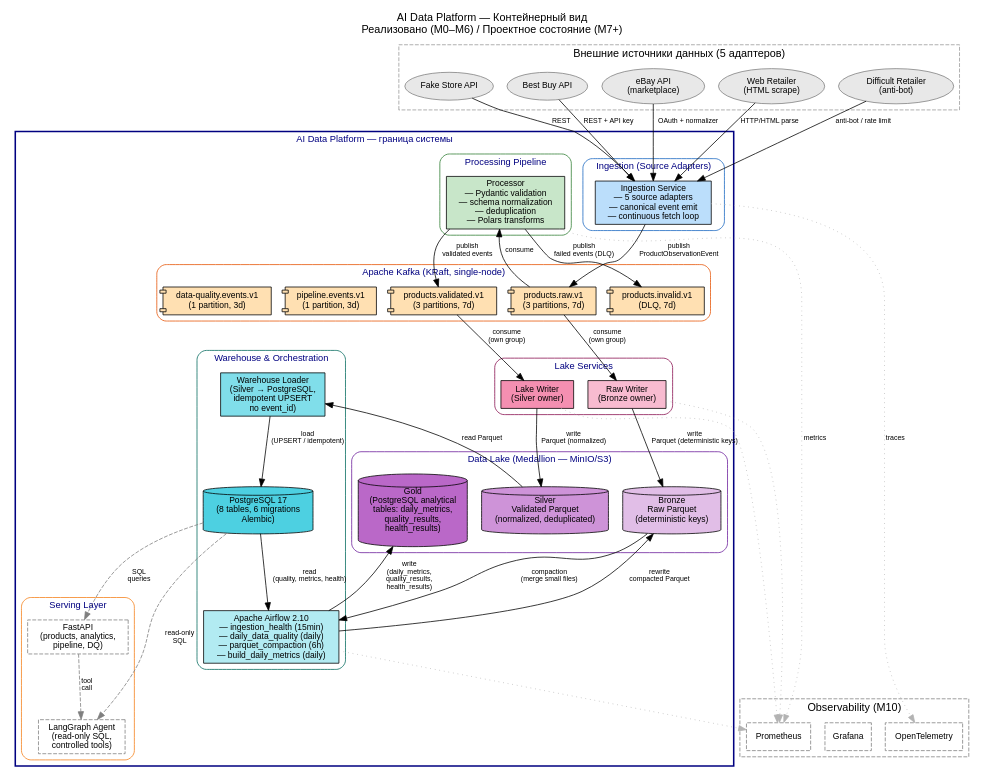
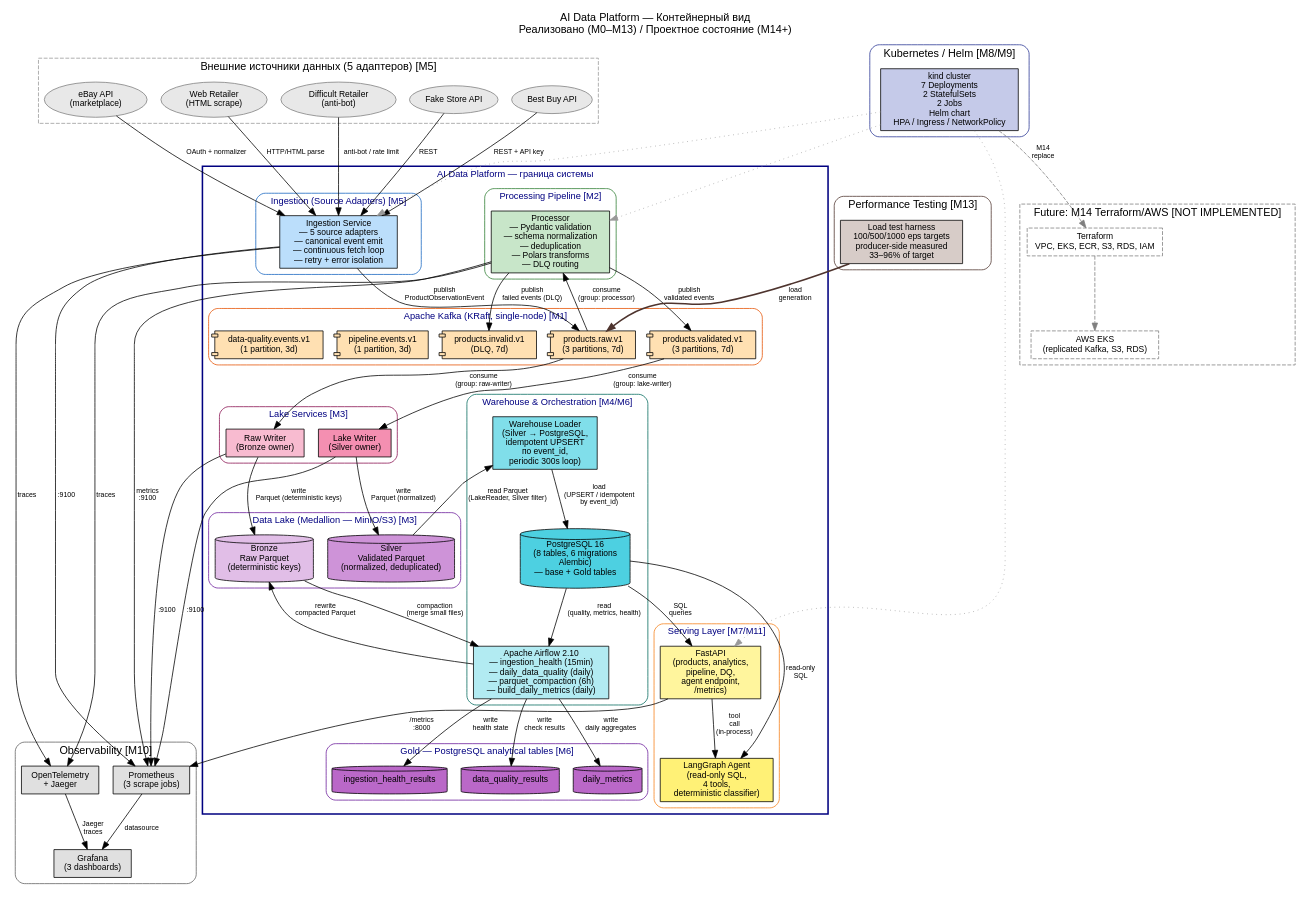
Before and after one commit to igorsavinkin/agentic-data-engineering-platform: the diagram in docs/architecture-communication/container-view.dot, drawn with Graphviz. The commit also changed 3 other files, not shown here.

First line of the commit message:
docs(TASK-DOCS-PLATFORM-INVENTORY-M13): evidence-based platform inventory after M13

```diff
--- a/docs/architecture-communication/container-view.dot
+++ b/docs/architecture-communication/container-view.dot
@@ -1,27 +1,27 @@
 // Контейнерный вид — AI Data Platform
-// Формат: Graphviz DOT | rankdir=TB | Qoder Canvas совместимый
-// Обновлено: 2026-09-18 (Milestone 0-6 реализованы, TASK-001–TASK-062)
+// Формат: Graphviz DOT | rankdir=TB
+// Обновлено: 2026-09-25 (Milestone 0–13 реализованы, TASK-001–TASK-115)
 //
 // Легенда:
 //   [прямоугольник]        — сервис / контейнер
 //   {ромб}                 — Kafka-топик
 //   [(цилиндр)]            — хранилище данных
 //   ((круг))               — внешний источник
-//   Сплошная линия         — реализовано (TASK-001–TASK-062)
-//   Пунктирная линия       — проектное состояние (Milestone 7+, не реализовано)
+//   Сплошная линия         — реализовано (M0–M13)
+//   Пунктирная линия       — проектное состояние (M14+, не реализовано)
 
 digraph "AI Data Platform — Контейнерный вид" {
     rankdir=TB
     fontname="Helvetica"
     node [fontname="Helvetica", fontsize=11, style=filled]
     edge [fontname="Helvetica", fontsize=9]
-    label="AI Data Platform — Контейнерный вид\nРеализовано (M0–M6) / Проектное состояние (M7+)"
+    label="AI Data Platform — Контейнерный вид\nРеализовано (M0–M13) / Проектное состояние (M14+)"
     labelloc=t
     fontsize=14
 
     // === Внешние источники ===
     subgraph cluster_sources {
-        label="Внешние источники данных (5 адаптеров)"
+        label="Внешние источники данных (5 адаптеров) [M5]"
         style=dashed
         color=grey60
         node [shape=ellipse, fillcolor="#E8E8E8", color=grey50]
@@ -43,17 +43,17 @@
 
         // --- Ingestion ---
         subgraph cluster_ingestion {
-            label="Ingestion (Source Adapters)"
+            label="Ingestion (Source Adapters) [M5]"
             style=rounded
             fillcolor="#E3F2FD"
             color="#1565C0"
 
-            ingestion [label="Ingestion Service\n— 5 source adapters\n— canonical event emit\n— continuous fetch loop", shape=box, fillcolor="#BBDEFB"]
+            ingestion [label="Ingestion Service\n— 5 source adapters\n— canonical event emit\n— continuous fetch loop\n— retry + error isolation", shape=box, fillcolor="#BBDEFB"]
         }
 
         // --- Kafka ---
         subgraph cluster_kafka {
-            label="Apache Kafka (KRaft, single-node)"
+            label="Apache Kafka (KRaft, single-node) [M1]"
             style=rounded
             fillcolor="#FFF3E0"
             color="#E65100"
@@ -69,17 +69,17 @@
 
         // --- Processing ---
         subgraph cluster_processing {
-            label="Processing Pipeline"
+            label="Processing Pipeline [M2]"
             style=rounded
             fillcolor="#E8F5E9"
             color="#2E7D32"
 
-            processor [label="Processor\n— Pydantic validation\n— schema normalization\n— deduplication\n— Polars transforms", shape=box, fillcolor="#C8E6C9"]
+            processor [label="Processor\n— Pydantic validation\n— schema normalization\n— deduplication\n— Polars transforms\n— DLQ routing", shape=box, fillcolor="#C8E6C9"]
         }
 
         // --- Data Lake ---
         subgraph cluster_lake {
-            label="Data Lake (Medallion — MinIO/S3)"
+            label="Data Lake (Medallion — MinIO/S3) [M3]"
             style=rounded
             fillcolor="#F3E5F5"
             color="#6A1B9A"
@@ -88,12 +88,25 @@
 
             bronze [label="Bronze\nRaw Parquet\n(deterministic keys)", fillcolor="#E1BEE7"]
             silver [label="Silver\nValidated Parquet\n(normalized, deduplicated)", fillcolor="#CE93D8"]
-            gold   [label="Gold\n(PostgreSQL analytical\ntables: daily_metrics,\nquality_results,\nhealth_results)", fillcolor="#BA68C8"]
+        }
+
+        // --- Gold (PostgreSQL analytical tables) ---
+        subgraph cluster_gold {
+            label="Gold — PostgreSQL analytical tables [M6]"
+            style=rounded
+            fillcolor="#F3E5F5"
+            color="#6A1B9A"
+
+            node [shape=cylinder]
+
+            gold_quality [label="data_quality_results", fillcolor="#BA68C8"]
+            gold_metrics [label="daily_metrics", fillcolor="#BA68C8"]
+            gold_health  [label="ingestion_health_results", fillcolor="#BA68C8"]
         }
 
         // --- Storage Services ---
         subgraph cluster_writers {
-            label="Lake Services"
+            label="Lake Services [M3]"
             style=rounded
             fillcolor="#FCE4EC"
             color="#880E4F"
@@ -104,38 +117,70 @@
 
         // --- Orchestration & Warehouse ---
         subgraph cluster_warehouse {
-            label="Warehouse & Orchestration"
+            label="Warehouse & Orchestration [M4/M6]"
             style=rounded
             fillcolor="#E0F7FA"
             color="#00695C"
 
             airflow  [label="Apache Airflow 2.10\n— ingestion_health (15min)\n— daily_data_quality (daily)\n— parquet_compaction (6h)\n— build_daily_metrics (daily)", shape=box, fillcolor="#B2EBF2"]
-            wh_loader [label="Warehouse Loader\n(Silver → PostgreSQL,\nidempotent UPSERT\nпо event_id)", shape=box, fillcolor="#80DEEA"]
-            pg       [label="PostgreSQL 17\n(8 tables, 6 migrations\nAlembic)", shape=cylinder, fillcolor="#4DD0E1"]
+            wh_loader [label="Warehouse Loader\n(Silver → PostgreSQL,\nidempotent UPSERT\nпо event_id,\nperiodic 300s loop)", shape=box, fillcolor="#80DEEA"]
+            pg       [label="PostgreSQL 16\n(8 tables, 6 migrations\nAlembic)\n— base + Gold tables", shape=cylinder, fillcolor="#4DD0E1"]
         }
 
         // --- Serving ---
         subgraph cluster_serving {
-            label="Serving Layer"
+            label="Serving Layer [M7/M11]"
             style=rounded
             fillcolor="#FFF9C4"
             color="#F57F17"
 
-            api    [label="FastAPI\n(products, analytics,\npipeline, DQ)", shape=box, fillcolor="#FFF59D", style=dashed, color=grey50]
-            agent  [label="LangGraph Agent\n(read-only SQL,\ncontrolled tools)", shape=box, fillcolor="#FFF176", style=dashed, color=grey50]
+            api    [label="FastAPI\n(products, analytics,\npipeline, DQ,\nagent endpoint,\n/metrics)", shape=box, fillcolor="#FFF59D"]
+            agent  [label="LangGraph Agent\n(read-only SQL,\n4 tools,\ndeterministic classifier)", shape=box, fillcolor="#FFF176"]
         }
     }
 
     // === Observability ===
     subgraph cluster_observability {
-        label="Observability (M10)"
+        label="Observability [M10]"
+        style=rounded
+        fillcolor="#F5F5F5"
+        color="#616161"
+        node [shape=box, fillcolor="#E0E0E0"]
+
+        prometheus [label="Prometheus\n(3 scrape jobs)"]
+        grafana    [label="Grafana\n(3 dashboards)"]
+        otel       [label="OpenTelemetry\n+ Jaeger"]
+    }
+
+    // === Kubernetes ===
+    subgraph cluster_k8s {
+        label="Kubernetes / Helm [M8/M9]"
+        style=rounded
+        fillcolor="#E8EAF6"
+        color="#283593"
+
+        k8s [label="kind cluster\n7 Deployments\n2 StatefulSets\n2 Jobs\nHelm chart\nHPA / Ingress / NetworkPolicy", shape=box, fillcolor="#C5CAE9"]
+    }
+
+    // === Performance ===
+    subgraph cluster_perf {
+        label="Performance Testing [M13]"
+        style=rounded
+        fillcolor="#EFEBE9"
+        color="#4E342E"
+
+        perf [label="Load test harness\n100/500/1000 eps targets\nproducer-side measured\n33–96% of target", shape=box, fillcolor="#D7CCC8"]
+    }
+
+    // === Future (M14+) ===
+    subgraph cluster_future {
+        label="Future: M14 Terraform/AWS [NOT IMPLEMENTED]"
         style=dashed
         color=grey50
         node [shape=box, fillcolor="#F5F5F5", color=grey50, style=dashed]
 
-        prometheus [label="Prometheus"]
-        grafana    [label="Grafana"]
-        otel       [label="OpenTelemetry"]
+        terraform [label="Terraform\nVPC, EKS, ECR, S3, RDS, IAM"]
+        aws_eks   [label="AWS EKS\n(replicated Kafka, S3, RDS)"]
     }
 
     // === Рёбра: внешние источники → ingestion ===
@@ -149,15 +194,15 @@
     ingestion -> topic_raw [label="publish\nProductObservationEvent"]
 
     // === Kafka → Processing ===
-    topic_raw -> processor [label="consume"]
+    topic_raw -> processor [label="consume\n(group: processor)"]
 
     // === Processing → Kafka (validated / invalid) ===
     processor -> topic_validated [label="publish\nvalidated events"]
     processor -> topic_invalid   [label="publish\nfailed events (DLQ)"]
 
     // === Kafka → Writers ===
-    topic_raw -> raw_writer [label="consume\n(own group)"]
-    topic_validated -> lake_writer [label="consume\n(own group)"]
+    topic_raw -> raw_writer [label="consume\n(group: raw-writer)"]
+    topic_validated -> lake_writer [label="consume\n(group: lake-writer)"]
 
     // === Writers → Lake ===
     raw_writer -> bronze [label="write\nParquet (deterministic keys)"]
@@ -167,21 +212,39 @@
     bronze -> airflow [label="compaction\n(merge small files)"]
     airflow -> bronze [label="rewrite\ncompacted Parquet"]
     pg -> airflow [label="read\n(quality, metrics, health)"]
-    airflow -> gold [label="write\n(daily_metrics,\nquality_results,\nhealth_results)"]
+    airflow -> gold_quality [label="write\ncheck results"]
+    airflow -> gold_metrics [label="write\ndaily aggregates"]
+    airflow -> gold_health [label="write\nhealth state"]
 
     // === Warehouse ===
-    silver -> wh_loader [label="read Parquet"]
-    wh_loader -> pg [label="load\n(UPSERT / idempotent)"]
+    silver -> wh_loader [label="read Parquet\n(LakeReader, Silver filter)"]
+    wh_loader -> pg [label="load\n(UPSERT / idempotent\nby event_id)"]
 
     // === Serving ===
-    pg -> api [label="SQL\nqueries", style=dashed, color=grey50]
-    pg -> agent [label="read-only\nSQL", style=dashed, color=grey50]
-    api -> agent [label="tool\ncall", style=dashed, color=grey50]
+    pg -> api [label="SQL\nqueries"]
+    pg -> agent [label="read-only\nSQL"]
+    api -> agent [label="tool\ncall\n(in-process)"]
 
-    // === Observability (пунктир ко всем) ===
-    processor  -> prometheus [style=dotted, color=grey70, label="metrics"]
-    raw_writer -> prometheus [style=dotted, color=grey70]
-    lake_writer -> prometheus [style=dotted, color=grey70]
-    airflow    -> prometheus [style=dotted, color=grey70]
-    ingestion  -> otel       [style=dotted, color=grey70, label="traces"]
+    // === Observability ===
+    processor  -> prometheus [label="metrics\n:9100"]
+    raw_writer -> prometheus [label=":9100"]
+    lake_writer -> prometheus [label=":9100"]
+    ingestion  -> prometheus [label=":9100"]
+    api        -> prometheus [label="/metrics\n:8000"]
+    ingestion  -> otel       [label="traces"]
+    processor  -> otel       [label="traces"]
+    prometheus -> grafana    [label="datasource"]
+    otel       -> grafana    [label="Jaeger\ntraces"]
+
+    // === K8s wraps everything ===
+    k8s -> ingestion [style=dotted, color=grey60]
+    k8s -> processor [style=dotted, color=grey60]
+    k8s -> api       [style=dotted, color=grey60]
+
+    // === Performance ===
+    perf -> topic_raw [label="load\ngeneration", style=bold, color="#4E342E"]
+
+    // === Future (пунктир) ===
+    k8s -> terraform [style=dashed, color=grey50, label="M14\nreplace"]
+    terraform -> aws_eks [style=dashed, color=grey50]
 }
```
